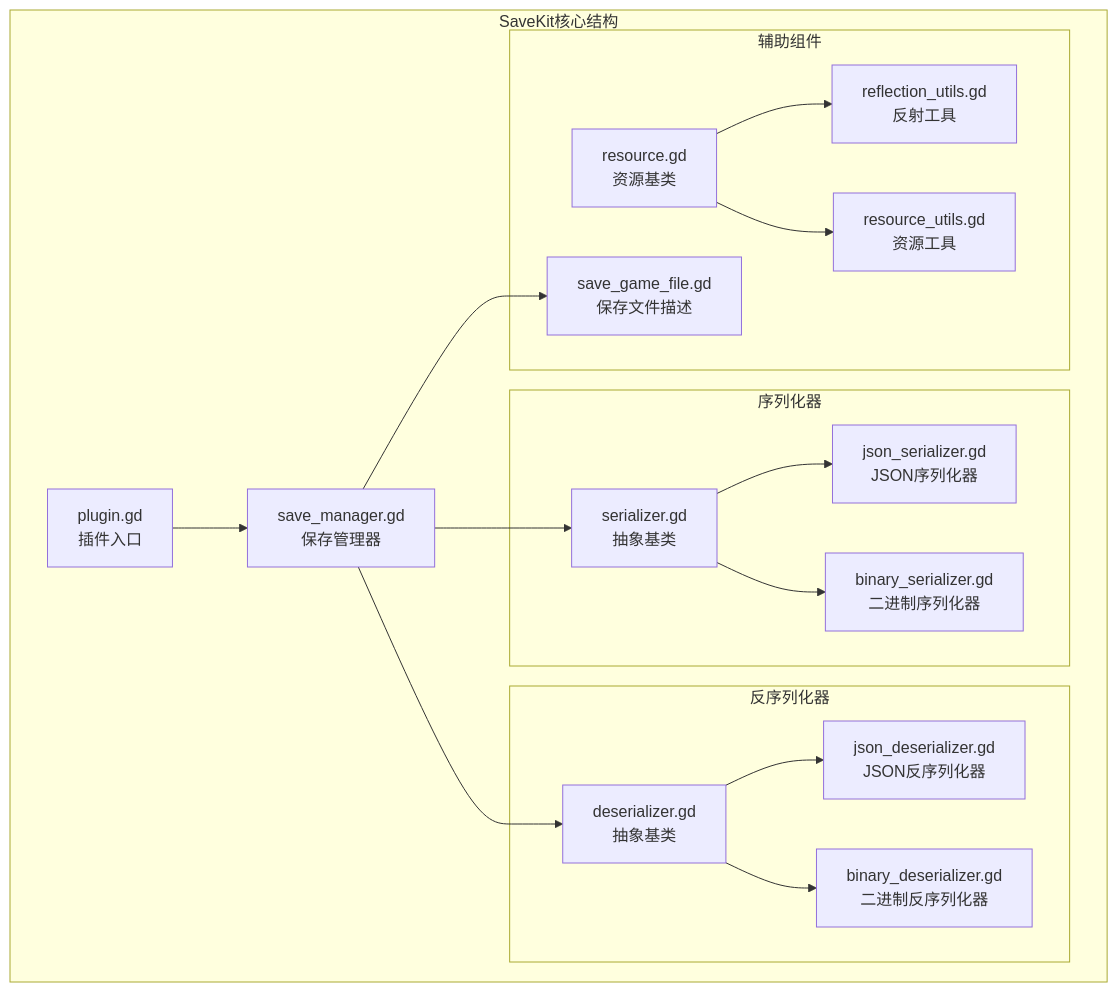
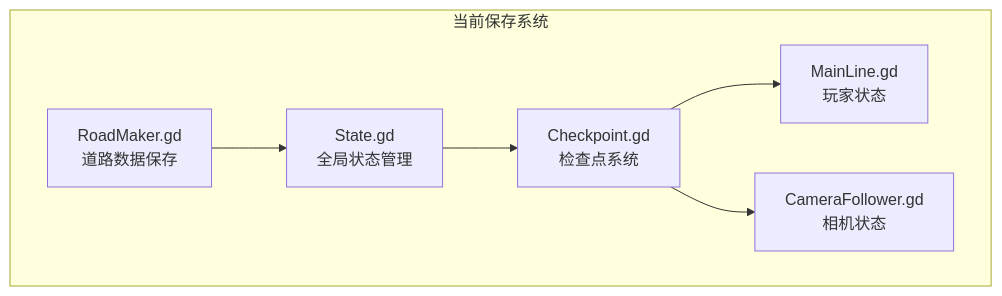
One commit to godotline/godot-line changed the first of 2 diagrams in .qoder/repowiki/zh/content/开发工具/SaveKit保存系统.md. Above: the diagram before and after it, drawn with Mermaid. The commit also changed other lines of this file and 28 other files, not shown here.

````diff
--- a/.qoder/repowiki/zh/content/开发工具/SaveKit保存系统.md
+++ b/.qoder/repowiki/zh/content/开发工具/SaveKit保存系统.md
@@ -46,33 +41,14 @@
 ```mermaid
 graph TB
-subgraph "SaveKit核心结构"
-Plugin[plugin.gd<br/>插件入口]
-Manager[save_manager.gd<br/>保存管理器]
-subgraph "序列化器"
-Serializer[serializer.gd<br/>抽象基类]
-JsonSerializer[json_serializer.gd<br/>JSON序列化器]
-BinarySerializer[binary_serializer.gd<br/>二进制序列化器]
+subgraph "当前保存系统"
+State[State.gd<br/>全局状态管理]
+Checkpoint[Checkpoint.gd<br/>检查点系统]
+MainLine[MainLine.gd<br/>玩家状态]
+Camera[CameraFollower.gd<br/>相机状态]
+Roads[RoadMaker.gd<br/>道路数据保存]
 end
-subgraph "反序列化器"
-Deserializer[deserializer.gd<br/>抽象基类]
-JsonDeserializer[json_deserializer.gd<br/>JSON反序列化器]
-BinaryDeserializer[binary_deserializer.gd<br/>二进制反序列化器]
-end
-subgraph "辅助组件"
-Resource[resource.gd<br/>资源基类]
-Reflection[reflection_utils.gd<br/>反射工具]
-ResourceUtils[resource_utils.gd<br/>资源工具]
-SaveGameFile[save_game_file.gd<br/>保存文件描述]
-end
-end
-Plugin --> Manager
-Manager --> Serializer
-Manager --> Deserializer
-Serializer --> JsonSerializer
-Serializer --> BinarySerializer
-Deserializer --> JsonDeserializer
-Deserializer --> BinaryDeserializer
-Resource --> Reflection
-Resource --> ResourceUtils
-Manager --> SaveGameFile
+State --> Checkpoint
+Checkpoint --> MainLine
+Checkpoint --> Camera
+Roads --> State
 ```
````
